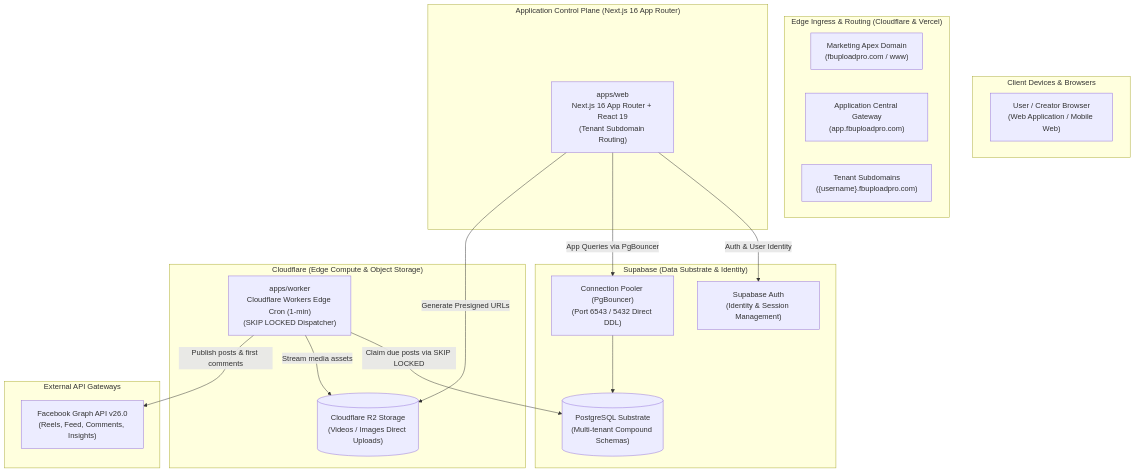
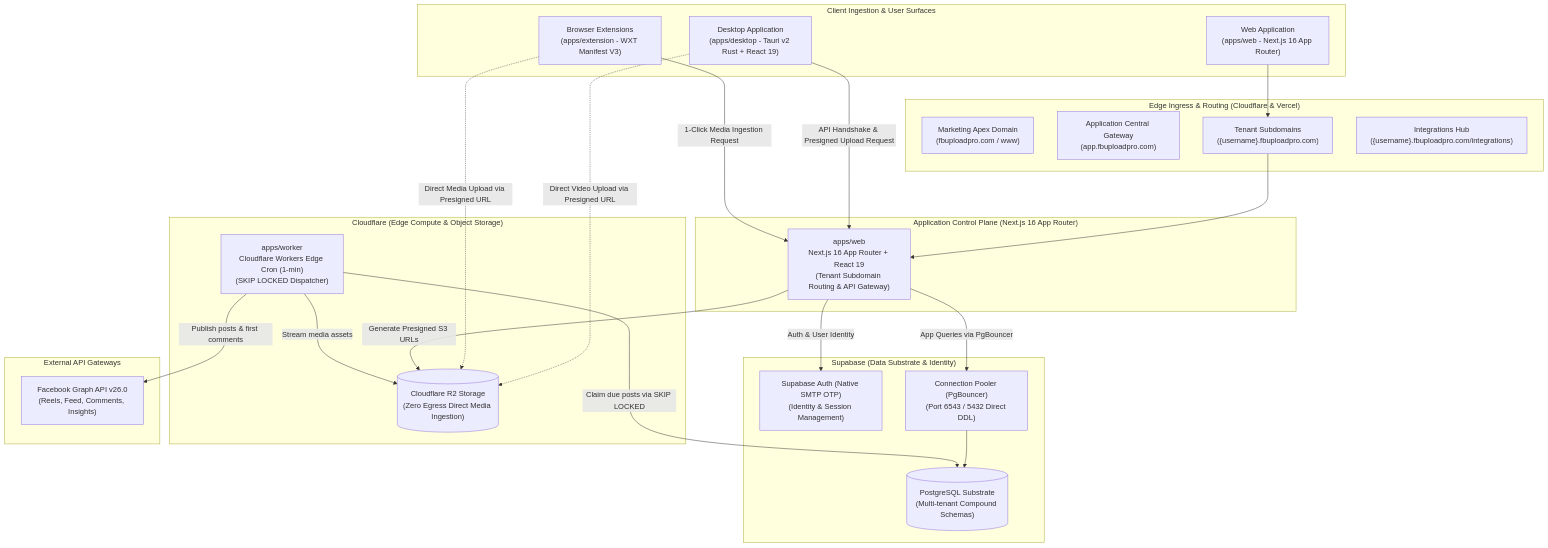
The first of 2 diagrams in docs/foundational-knowledge.md (Velocta/fbuploadpro), drawn with Mermaid before and after one commit. The commit also changed other lines of this file and 1 other file, not shown here.

Commit message:
docs(architecture): codify multi-client ecosystem blueprint and constitution principle 26 (Closes #353)

````diff
--- a/docs/foundational-knowledge.md
+++ b/docs/foundational-knowledge.md
@@ -13,39 +13,49 @@
 ```mermaid
 flowchart TD
-    subgraph ClientLayer ["Client Devices & Browsers"]
-        UserBrowser["User / Creator Browser\n(Web Application / Mobile Web)"]
+    subgraph ClientLayer ["Client Ingestion & User Surfaces"]
+        UserBrowser["Web Application\n(apps/web - Next.js 16 App Router)"]
+        DesktopApp["Desktop Application\n(apps/desktop - Tauri v2 Rust + React 19)"]
+        BrowserExtension["Browser Extensions\n(apps/extension - WXT Manifest V3)"]
     end
 
     subgraph EdgeEntry ["Edge Ingress & Routing (Cloudflare & Vercel)"]
         Apex["Marketing Apex Domain\n(fbuploadpro.com / www)"]
         Gateway["Application Central Gateway\n(app.fbuploadpro.com)"]
         TenantWorkspace["Tenant Subdomains\n({username}.fbuploadpro.com)"]
+        IntegrationsHub["Integrations Hub\n({username}.fbuploadpro.com/integrations)"]
     end
 
     subgraph AppPlane ["Application Control Plane (Next.js 16 App Router)"]
-        Web["apps/web\nNext.js 16 App Router + React 19\n(Tenant Subdomain Routing)"]
+        Web["apps/web\nNext.js 16 App Router + React 19\n(Tenant Subdomain Routing & API Gateway)"]
     end
 
     subgraph SupabaseCloud ["Supabase (Data Substrate & Identity)"]
-        Auth["Supabase Auth\n(Identity & Session Management)"]
+        Auth["Supabase Auth (Native SMTP OTP)\n(Identity & Session Management)"]
         PG[("PostgreSQL Substrate\n(Multi-tenant Compound Schemas)")]
         Pooler["Connection Pooler (PgBouncer)\n(Port 6543 / 5432 Direct DDL)"]
     end
 
     subgraph CloudflareEdge ["Cloudflare (Edge Compute & Object Storage)"]
         Worker["apps/worker\nCloudflare Workers Edge Cron (1-min)\n(SKIP LOCKED Dispatcher)"]
-        R2[("Cloudflare R2 Storage\n(Videos / Images Direct Uploads)")]
+        R2[("Cloudflare R2 Storage\n(Zero Egress Direct Media Ingestion)")]
     end
 
     subgraph ExternalServices ["External API Gateways"]
         FB["Facebook Graph API v26.0\n(Reels, Feed, Comments, Insights)"]
     end
 
+    UserBrowser --> TenantWorkspace
+    TenantWorkspace --> Web
+    DesktopApp -->|API Handshake & Presigned Upload Request| Web
+    BrowserExtension -->|1-Click Media Ingestion Request| Web
+    DesktopApp -.->|Direct Video Upload via Presigned URL| R2
+    BrowserExtension -.->|Direct Media Upload via Presigned URL| R2
+
     Web -->|Auth & User Identity| Auth
     Web -->|App Queries via PgBouncer| Pooler
     Pooler --> PG
-    Web -->|Generate Presigned URLs| R2
+    Web -->|Generate Presigned S3 URLs| R2
     Worker -->|Claim due posts via SKIP LOCKED| PG
     Worker -->|Stream media assets| R2
     Worker -->|Publish posts & first comments| FB
 ```
````
